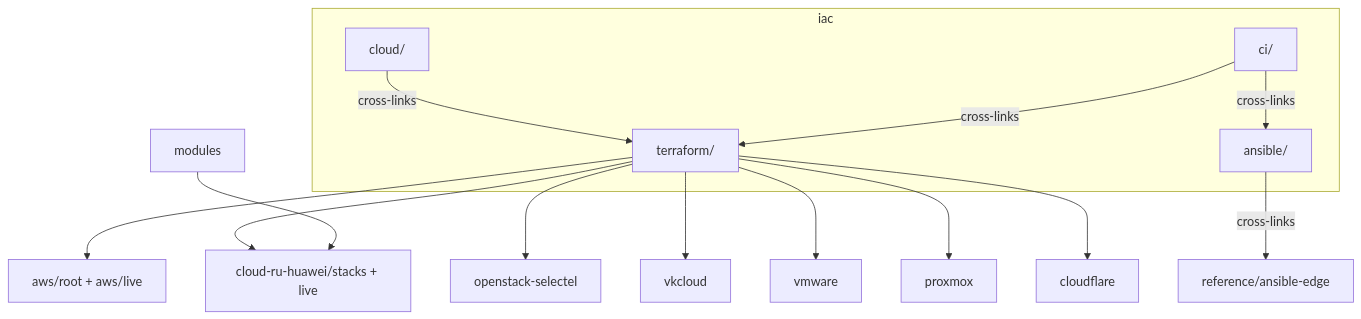
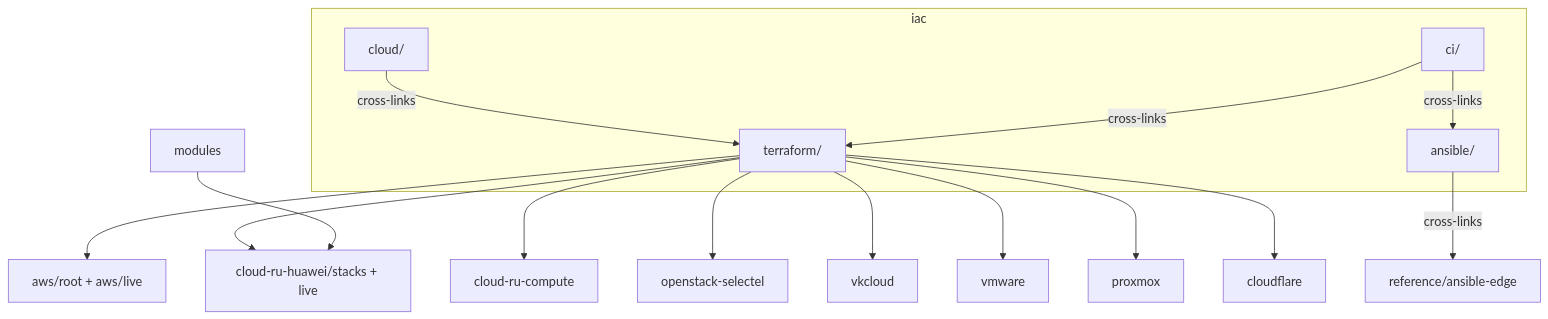
Before and after one commit to NarberallGamma/narberall-platform-engineer-lab: the diagram in iac/README.md, drawn with Mermaid. The commit also changed 53 other files, not shown here.

First line of the commit message:
Add sanitized Huawei-class compute catalog for a second cloud.ru estate.

````diff
--- a/iac/README.md
+++ b/iac/README.md
@@ -24,21 +24,22 @@
 ```mermaid
 flowchart TB
   subgraph iac [iac]
     Cloud[cloud/]
     TF[terraform/]
     ANS[ansible/]
     CI[ci/]
   end
   Cloud -->|cross-links| TF
   ANS -->|cross-links| RefAns[reference/ansible-edge]
   CI -->|cross-links| TF
   CI -->|cross-links| ANS
   TF --> AWS[aws/root + aws/live]
   TF --> CR[cloud-ru-huawei/stacks + live]
+  TF --> CRC[cloud-ru-compute]
   TF --> OS[openstack-selectel]
   TF --> VK[vkcloud]
   TF --> VMw[vmware]
   TF --> PX[proxmox]
   TF --> CF[cloudflare]
   Mods[modules] --> CR
 ```
````
